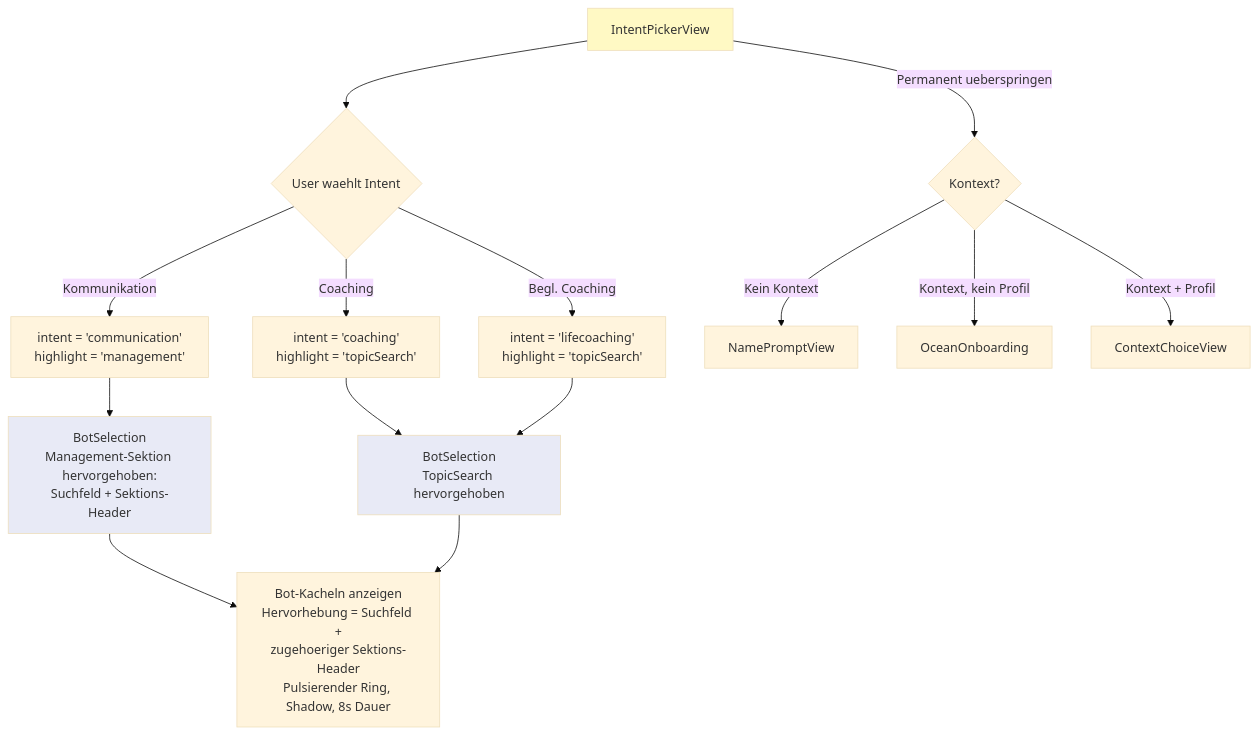
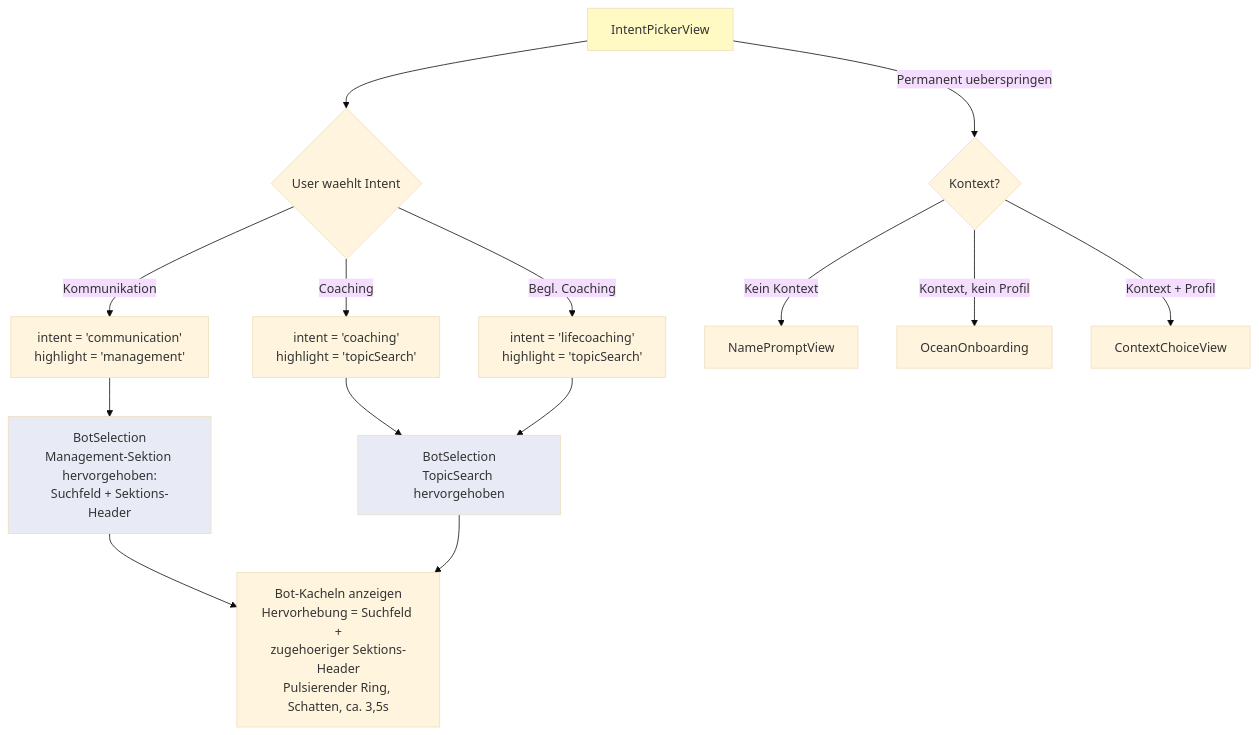
The ninth of 11 diagrams in DOCUMENTATION/UX-FLOWS.md (herold74/Meaningful-Conversations), drawn with Mermaid (base theme) before and after one commit. The commit also changed other lines of this file and 3 other files, not shown here.

First line of the commit message:
docs: UX-FLOWS v2.0.1 refresh; memory-bank stewardship notes

````diff
--- a/DOCUMENTATION/UX-FLOWS.md
+++ b/DOCUMENTATION/UX-FLOWS.md
@@ -387,24 +387,24 @@
 ```mermaid
 flowchart TD
     INTENT[IntentPickerView] --> SELECT{User waehlt Intent}
 
     SELECT -->|Kommunikation| COMM[intent = 'communication'<br/>highlight = 'management']
     SELECT -->|Coaching| COACH[intent = 'coaching'<br/>highlight = 'topicSearch']
     SELECT -->|Begl. Coaching| LIFE[intent = 'lifecoaching'<br/>highlight = 'topicSearch']
 
     COMM --> BS_MGMT[BotSelection<br/>Management-Sektion hervorgehoben:<br/>Suchfeld + Sektions-Header]
     COACH --> BS_TOPIC[BotSelection<br/>TopicSearch hervorgehoben]
     LIFE --> BS_TOPIC
 
-    BS_MGMT --> BOT_TILES[Bot-Kacheln anzeigen<br/>Hervorhebung = Suchfeld +<br/>zugehoeriger Sektions-Header<br/>Pulsierender Ring, Shadow, 8s Dauer]
+    BS_MGMT --> BOT_TILES[Bot-Kacheln anzeigen<br/>Hervorhebung = Suchfeld +<br/>zugehoeriger Sektions-Header<br/>Pulsierender Ring, Schatten, ca. 3,5s]
     BS_TOPIC --> BOT_TILES
 
     INTENT -->|Permanent ueberspringen| SKIP{Kontext?}
     SKIP -->|Kein Kontext| NAME[NamePromptView]
     SKIP -->|Kontext, kein Profil| OCEAN[OceanOnboarding]
     SKIP -->|Kontext + Profil| CC[ContextChoiceView]
 
     style INTENT fill:#fff9c4
     style BS_MGMT fill:#e8eaf6
     style BS_TOPIC fill:#e8eaf6
 ```
````
